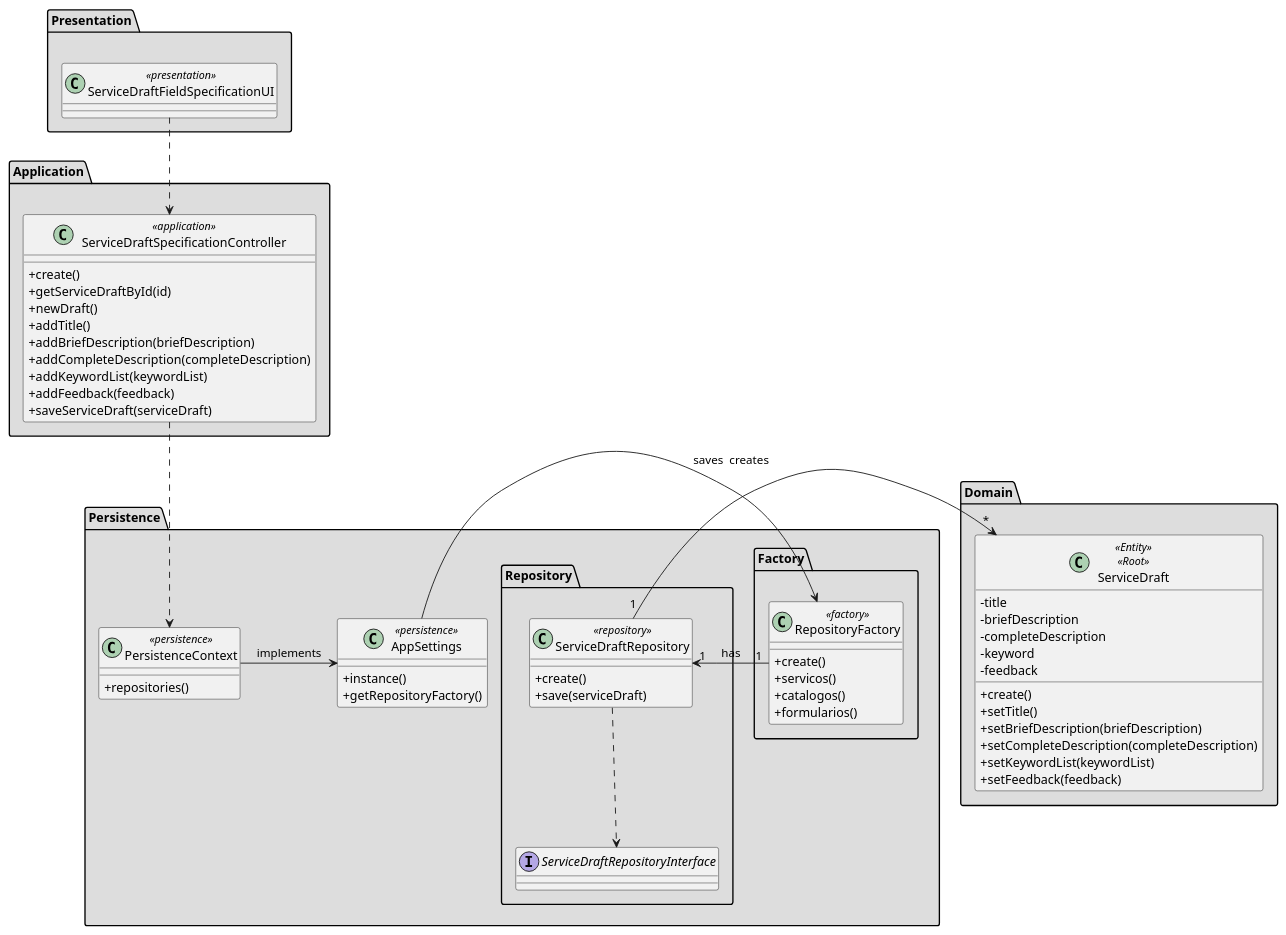
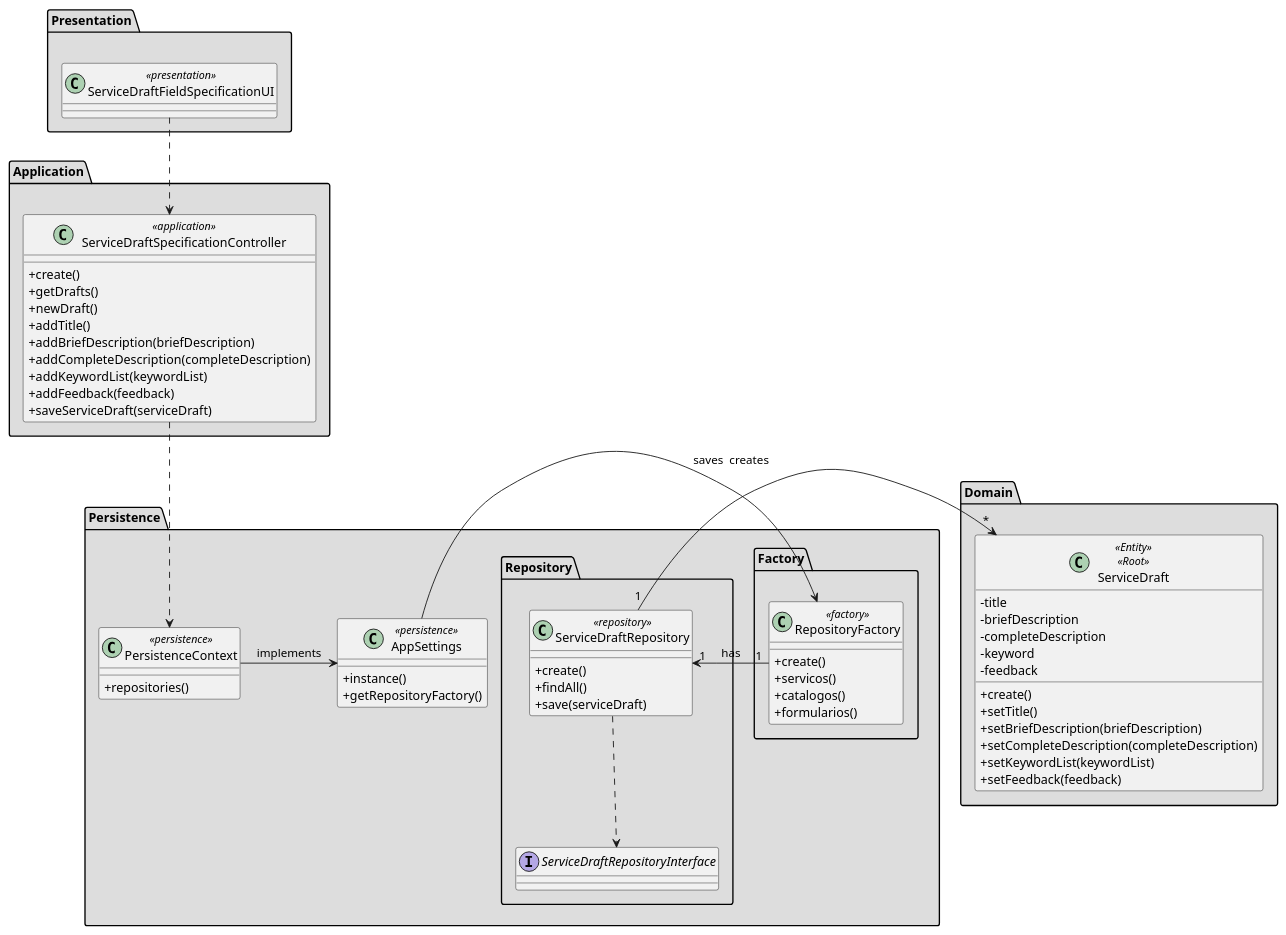
One commit to tiagoavcosta25/LAPR4 changed the diagram in doc/engenharia/SprintB/1190967/US-1-2002_ServiceSpecification/DraftFieldSpecification/US-1-2002_CD.puml. Above: the diagram before and after it, drawn with PlantUML. The commit also changed 5 other files, not shown here.

```diff
--- a/doc/engenharia/SprintB/1190967/US-1-2002_ServiceSpecification/DraftFieldSpecification/US-1-2002_CD.puml
+++ b/doc/engenharia/SprintB/1190967/US-1-2002_ServiceSpecification/DraftFieldSpecification/US-1-2002_CD.puml
@@ -1,86 +1,87 @@
 @startuml
 skinparam classAttributeIconSize 0
 
 package "Presentation" #DDDDDD {
 class ServiceDraftFieldSpecificationUI<<presentation>>{
 
 }
 }
 
 
 package "Application" #DDDDDD {
 class ServiceDraftSpecificationController<<application>>{
 +create()
-+getServiceDraftById(id)
++getDrafts()
 +newDraft()
 +addTitle()
 +addBriefDescription(briefDescription)
 +addCompleteDescription(completeDescription)
 +addKeywordList(keywordList)
 +addFeedback(feedback)
 +saveServiceDraft(serviceDraft)
 }
 }
 
 
 package "Domain" #DDDDDD {
 class ServiceDraft<<Entity>><<Root>>{
 - title
 - briefDescription
 - completeDescription
 - keyword
 - feedback
 +create()
 +setTitle()
 +setBriefDescription(briefDescription)
 +setCompleteDescription(completeDescription)
 +setKeywordList(keywordList)
 +setFeedback(feedback)
 }
 
 }
 
 package Persistence #DDDDDD {
 class PersistenceContext<<persistence>>{
 +repositories()
 }
 
 class AppSettings<<persistence>>{
 +instance()
 +getRepositoryFactory()
 }
 
 package Factory #DDDDDD {
 class RepositoryFactory<<factory>>{
 +create()
 +servicos()
 +catalogos()
 +formularios()
 }
 }
 
 package "Repository" #DDDDDD {
 class ServiceDraftRepository<<repository>>{
 +create()
++findAll()
 +save(serviceDraft)
 }
 
 interface ServiceDraftRepositoryInterface{
 
 }
 
 
 
 ServiceDraftFieldSpecificationUI ..> ServiceDraftSpecificationController
 ServiceDraftSpecificationController ..> PersistenceContext
 
 ServiceDraftRepository ..> ServiceDraftRepositoryInterface
 
 AppSettings -> RepositoryFactory : creates
 PersistenceContext -> AppSettings : implements
 
 RepositoryFactory "1" -> "1" ServiceDraftRepository : has
 
 ServiceDraftRepository "1" -> "*" ServiceDraft : saves
 
 @enduml
```
